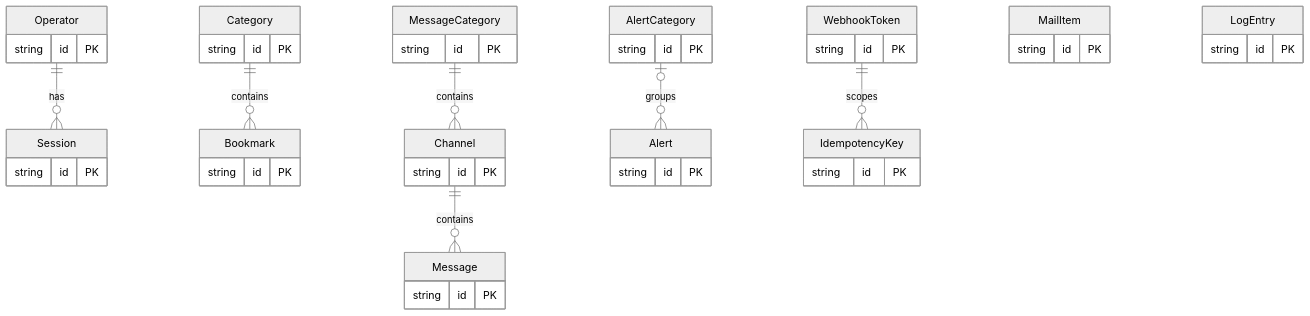
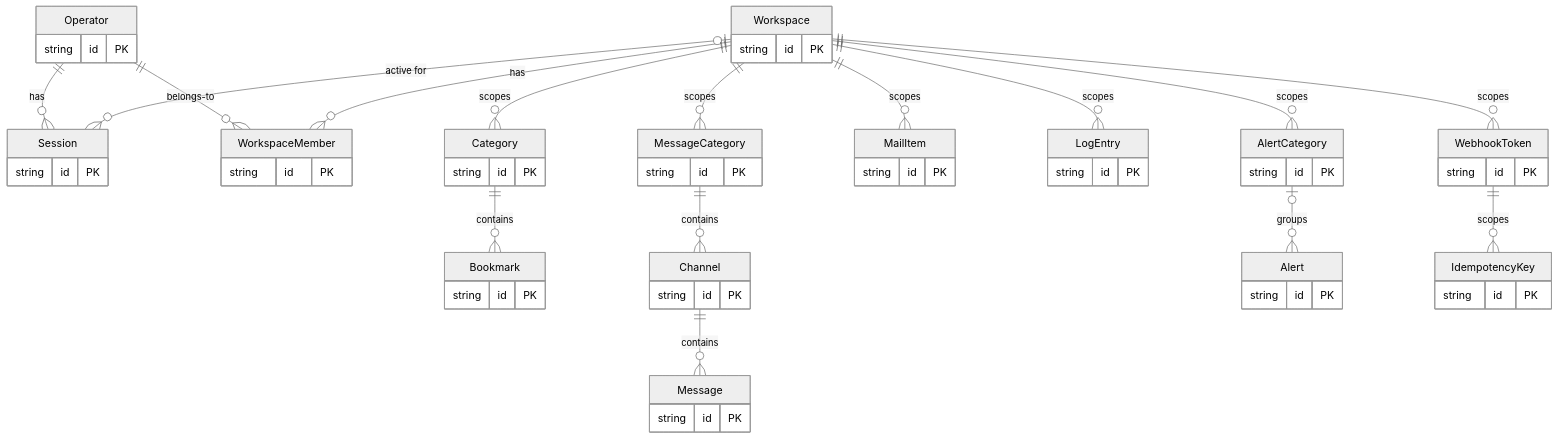
One commit to biggora/inspoter changed the second of 3 diagrams in docs/architecture.md. Above: the diagram before and after it, drawn with Mermaid (neutral theme). The commit also changed other lines of this file and 7 other files, not shown here.

````diff
--- a/docs/architecture.md
+++ b/docs/architecture.md
@@ -121,23 +124,34 @@
 ```mermaid
 erDiagram
     Operator ||--o{ Session : has
+    Operator ||--o{ WorkspaceMember : belongs-to
+    Workspace ||--o{ WorkspaceMember : has
+    Workspace |o--o{ Session : "active for"
+    Workspace ||--o{ Category : scopes
+    Workspace ||--o{ MessageCategory : scopes
+    Workspace ||--o{ MailItem : scopes
+    Workspace ||--o{ LogEntry : scopes
+    Workspace ||--o{ AlertCategory : scopes
+    Workspace ||--o{ WebhookToken : scopes
     Category ||--o{ Bookmark : contains
     MessageCategory ||--o{ Channel : contains
     Channel ||--o{ Message : contains
     AlertCategory |o--o{ Alert : groups
     WebhookToken ||--o{ IdempotencyKey : scopes
 
     Operator { string id PK }
     Session { string id PK }
+    Workspace { string id PK }
+    WorkspaceMember { string id PK }
     Category { string id PK }
     Bookmark { string id PK }
     MessageCategory { string id PK }
     Channel { string id PK }
     Message { string id PK }
     MailItem { string id PK }
     LogEntry { string id PK }
     AlertCategory { string id PK }
     Alert { string id PK }
     WebhookToken { string id PK }
     IdempotencyKey { string id PK }
 ```
````
